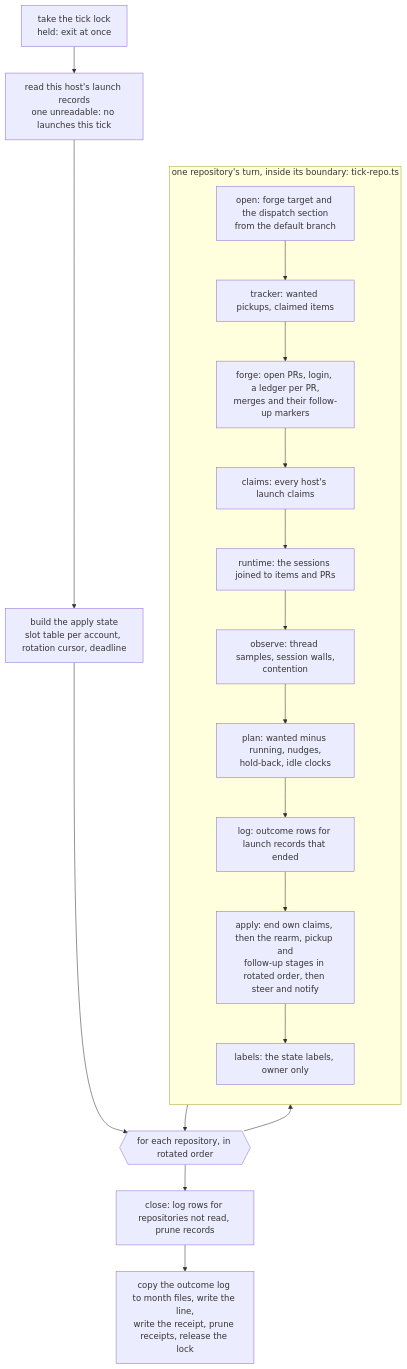
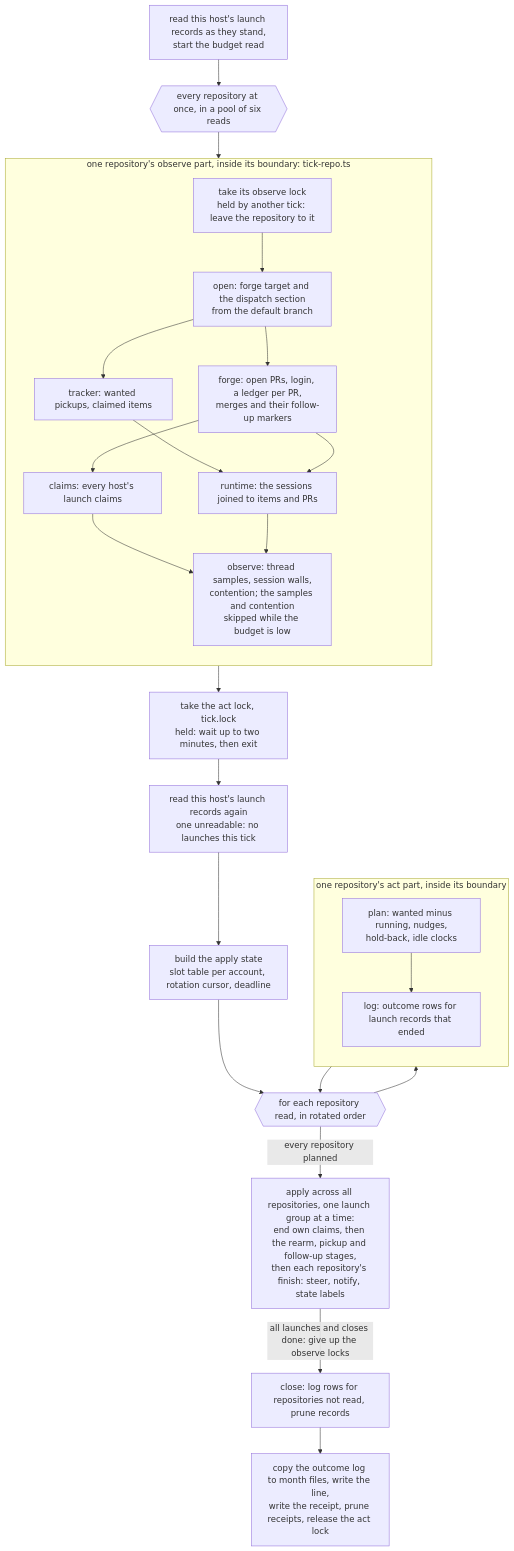
One commit to jig-harness/jig changed the second of 2 diagrams in design/dark-factory-dispatch.md. Above: the diagram before and after it, drawn with Mermaid. The commit also changed other lines of this file and 39 other files, not shown here.

First line of the commit message:
feat(dispatch): observe repositories concurrently, act on them in turn (#556)

````diff
--- a/design/dark-factory-dispatch.md
+++ b/design/dark-factory-dispatch.md
@@ -70,24 +79,34 @@
 ```mermaid
 flowchart TD
-  L[take the tick lock<br/>held: exit at once] --> R[read this host's launch records<br/>one unreadable: no launches this tick]
-  R --> A[build the apply state<br/>slot table per account, rotation cursor, deadline]
-  A --> LOOP{{for each repository, in rotated order}}
-  subgraph repo [one repository's turn, inside its boundary: tick-repo.ts]
+  S0[read this host's launch records as they stand,<br/>start the budget read] --> OBS{{every repository at once, in a pool of six reads}}
+  subgraph repo [one repository's observe part, inside its boundary: tick-repo.ts]
     direction TB
+    OL[take its observe lock<br/>held by another tick: leave the repository to it]
     O1[open: forge target and the dispatch section<br/>from the default branch]
     O2[tracker: wanted pickups, claimed items]
     O3[forge: open PRs, login, a ledger per PR,<br/>merges and their follow-up markers]
     O3b[claims: every host's launch claims]
     O4[runtime: the sessions joined to items and PRs]
-    C[observe: thread samples, session walls,<br/>contention]
+    C[observe: thread samples, session walls,<br/>contention; the samples and contention<br/>skipped while the budget is low]
+    OL --> O1 --> O2 & O3
+    O3 --> O3b
+    O2 & O3 --> O4
+    O3b & O4 --> C
+  end
+  OBS --> repo
+  repo --> AL[take the act lock, tick.lock<br/>held: wait up to two minutes, then exit]
+  AL --> R[read this host's launch records again<br/>one unreadable: no launches this tick]
+  R --> A[build the apply state<br/>slot table per account, rotation cursor, deadline]
+  A --> LOOP{{for each repository read, in rotated order}}
+  subgraph act [one repository's act part, inside its boundary]
+    direction TB
     P[plan: wanted minus running, nudges,<br/>hold-back, idle clocks]
     G[log: outcome rows for launch records that ended]
-    X[apply: end own claims, then the rearm, pickup and<br/>follow-up stages in rotated order, then steer and notify]
-    LB[labels: the state labels, owner only]
-    O1 --> O2 --> O3 --> O3b --> O4 --> C --> P --> G --> X --> LB
+    P --> G
   end
-  LOOP --> repo
-  repo --> LOOP
-  LOOP --> S[close: log rows for repositories not read, prune records]
-  S --> E[copy the outcome log to month files, write the line,<br/>write the receipt, prune receipts, release the lock]
+  LOOP --> act
+  act --> LOOP
+  LOOP -->|every repository planned| X[apply across all repositories, one launch group at a time:<br/>end own claims, then the rearm, pickup and follow-up stages,<br/>then each repository's finish: steer, notify, state labels]
+  X -->|all launches and closes done: give up the observe locks| CL[close: log rows for repositories not read, prune records]
+  CL --> E[copy the outcome log to month files, write the line,<br/>write the receipt, prune receipts, release the act lock]
 ```
````
